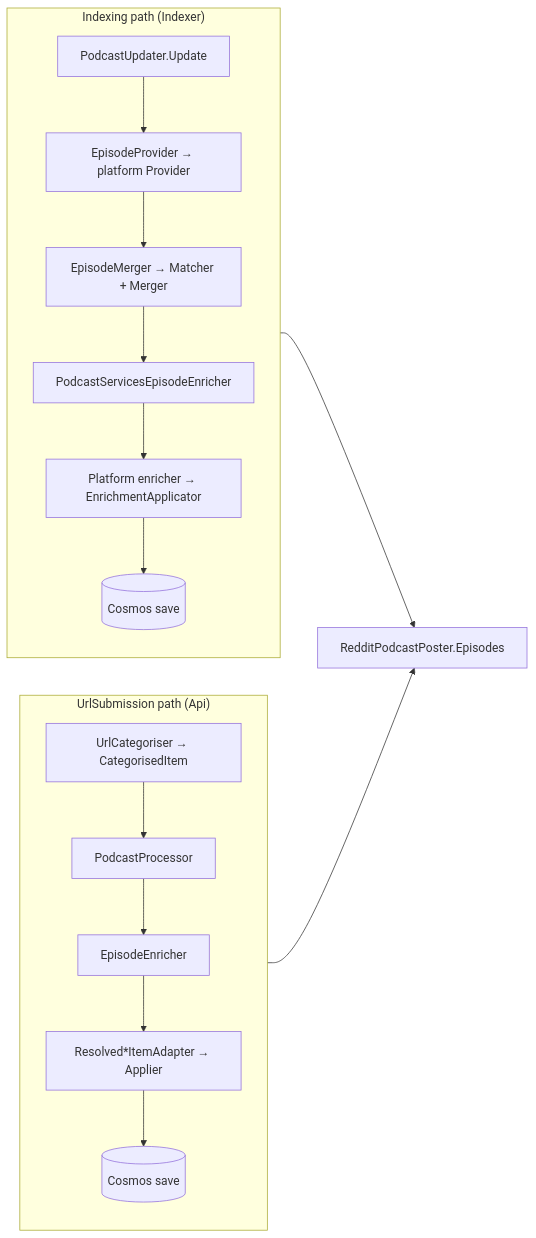
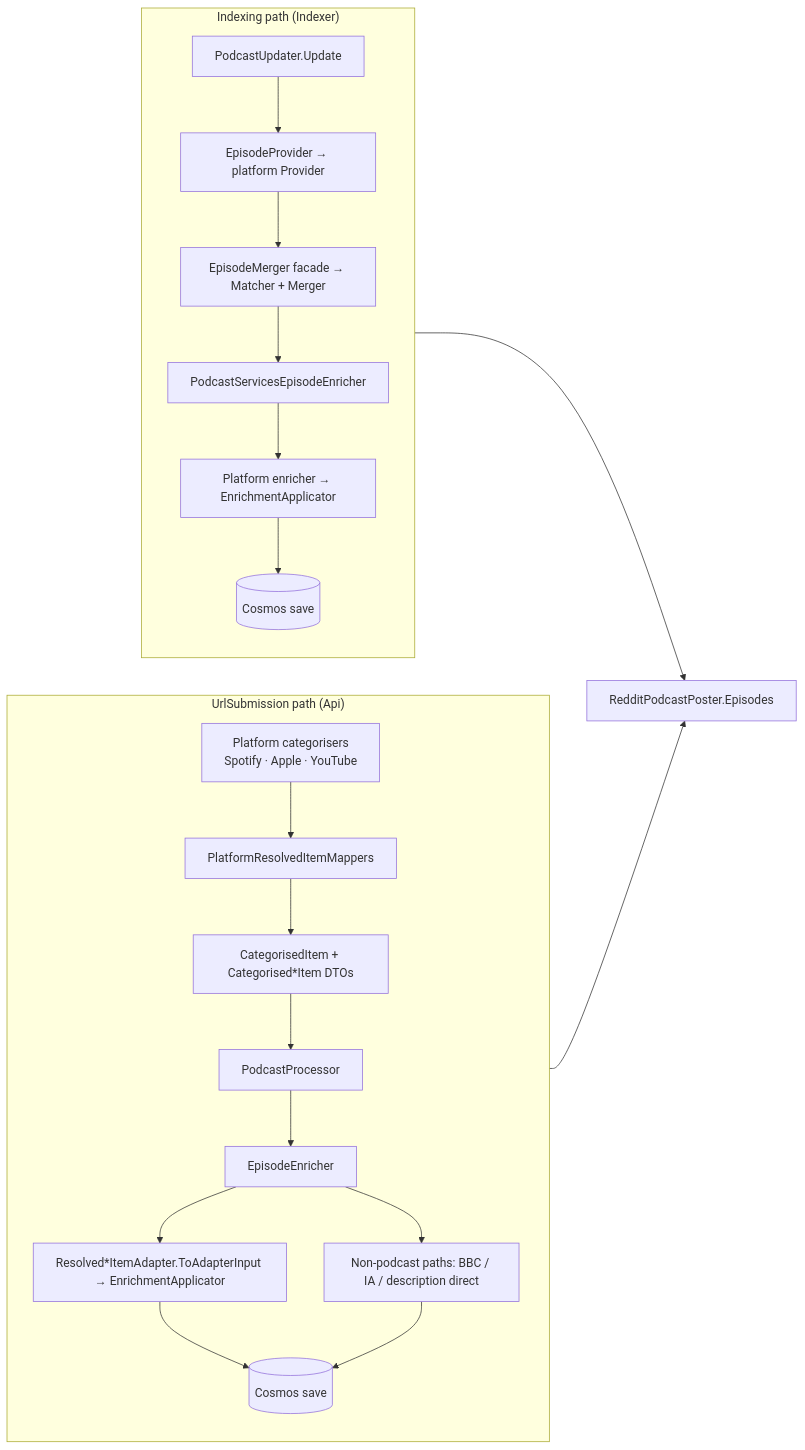
One commit to cultpodcasts/RedditPodcastPoster changed the third of 4 diagrams in Class-Libraries/RedditPodcastPoster.Episodes/architecture.md. Above: the diagram before and after it, drawn with Mermaid. The commit also changed other lines of this file and 129 other files, not shown here.

````diff
--- a/Class-Libraries/RedditPodcastPoster.Episodes/architecture.md
+++ b/Class-Libraries/RedditPodcastPoster.Episodes/architecture.md
@@ -239,27 +301,31 @@
 ```mermaid
 flowchart LR
     subgraph Indexing["Indexing path (Indexer)"]
         direction TB
         I1[PodcastUpdater.Update]
         I2[EpisodeProvider → platform Provider]
-        I3[EpisodeMerger → Matcher + Merger]
+        I3[EpisodeMerger facade → Matcher + Merger]
         I4[PodcastServicesEpisodeEnricher]
         I5[Platform enricher → EnrichmentApplicator]
         I6[(Cosmos save)]
         I1 --> I2 --> I3 --> I4 --> I5 --> I6
     end
 
     subgraph Submit["UrlSubmission path (Api)"]
         direction TB
-        S1[UrlCategoriser → CategorisedItem]
+        S0[Platform categorisers<br/>Spotify · Apple · YouTube]
+        S1[PlatformResolvedItemMappers]
+        S1b[CategorisedItem + Categorised*Item DTOs]
         S2[PodcastProcessor]
         S3[EpisodeEnricher]
-        S4[Resolved*ItemAdapter → Applier]
-        S5[(Cosmos save)]
-        S1 --> S2 --> S3 --> S4 --> S5
+        S4[Resolved*ItemAdapter.ToAdapterInput → EnrichmentApplicator]
+        S5[Non-podcast paths: BBC / IA / description direct]
+        S6[(Cosmos save)]
+        S0 --> S1 --> S1b --> S2 --> S3 --> S4 --> S6
+        S3 --> S5 --> S6
     end
 
     Domain2[RedditPodcastPoster.Episodes]
     Indexing --> Domain2
     Submit --> Domain2
 ```
````
